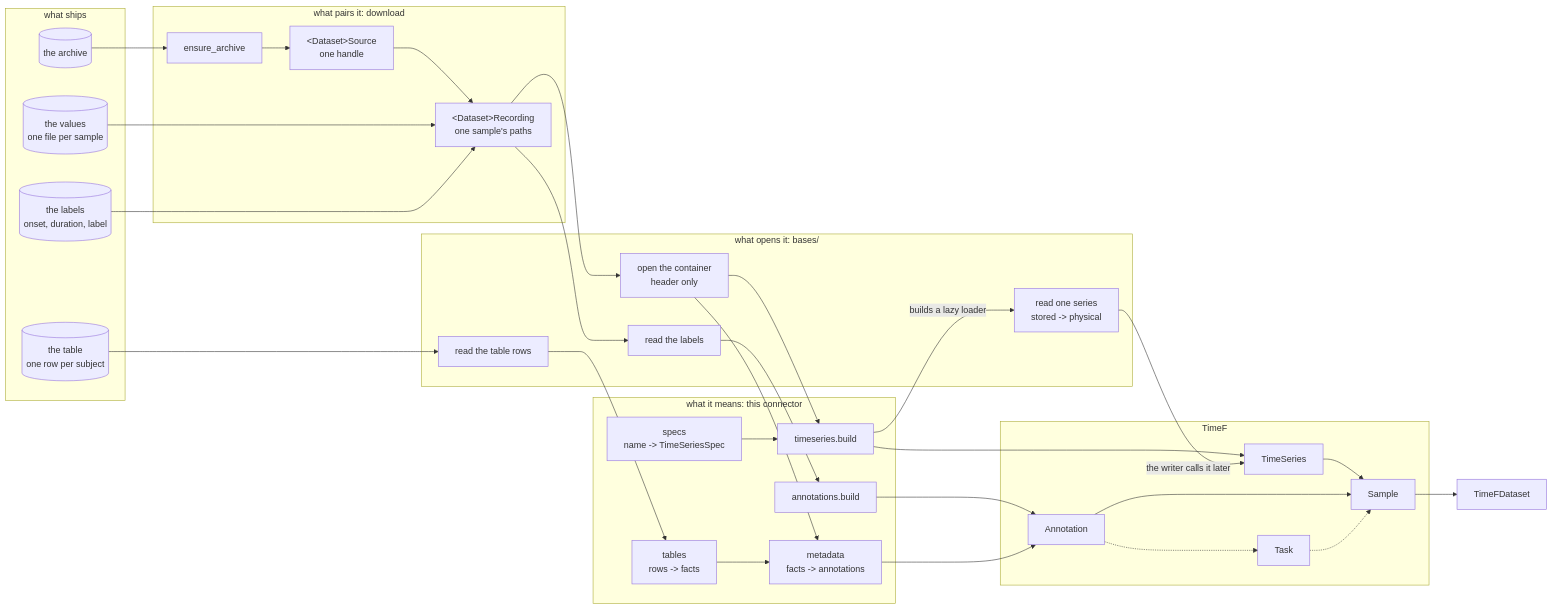
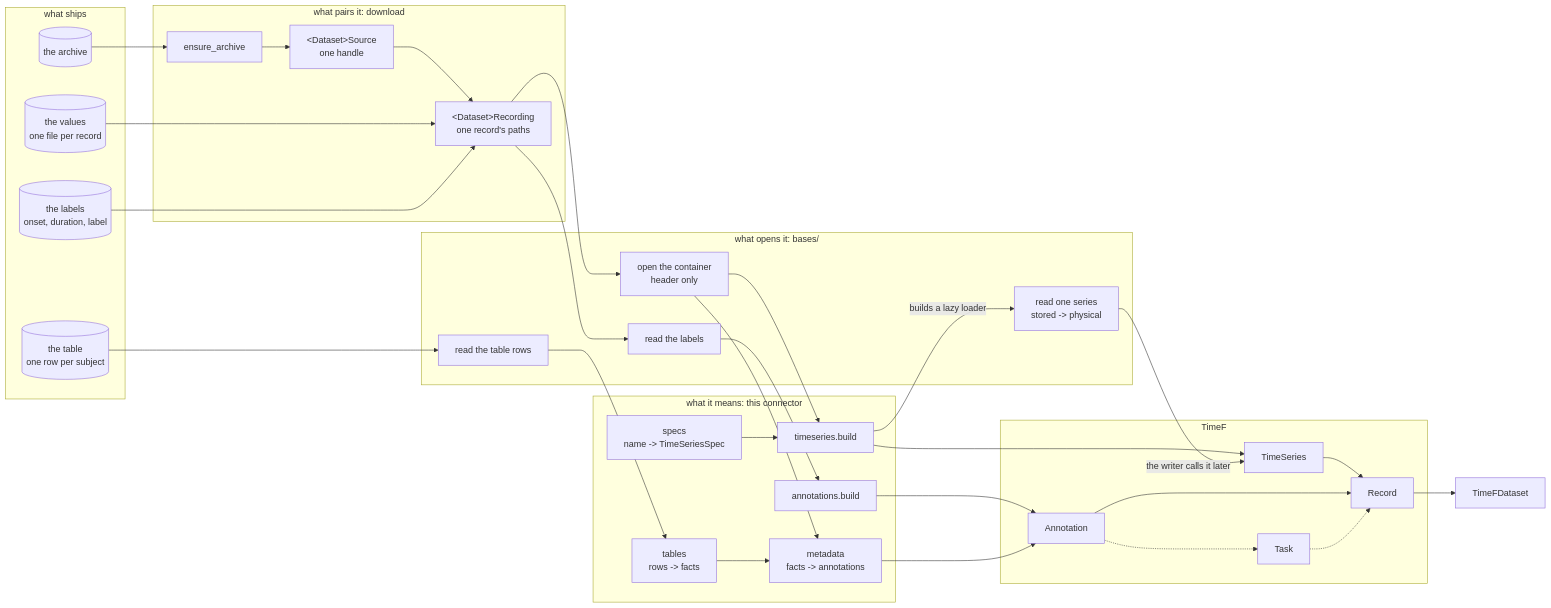
Before and after one commit to OpenTSLM/TimeNet: the diagram in .agents/skills/add-dataset-connector/references/discovery.md, drawn with Mermaid. The commit also changed other lines of this file and 7 other files, not shown here.

First line of the commit message:
docs(connectors)!: use Record and signal, not Sample and channel

````diff
--- a/.agents/skills/add-dataset-connector/references/discovery.md
+++ b/.agents/skills/add-dataset-connector/references/discovery.md
@@ -178,51 +178,51 @@
 ```mermaid
 flowchart LR
     subgraph src["what ships"]
         arch[("the archive")]
-        val[("the values<br/>one file per sample")]
+        val[("the values<br/>one file per record")]
         lab[("the labels<br/>onset, duration, label")]
         tbl[("the table<br/>one row per subject")]
     end
     subgraph pair["what pairs it: download"]
         ens["ensure_archive"]
         hnd["&lt;Dataset&gt;Source<br/>one handle"]
-        ref["&lt;Dataset&gt;Recording<br/>one sample's paths"]
+        ref["&lt;Dataset&gt;Recording<br/>one record's paths"]
     end
     subgraph read["what opens it: bases/"]
         opn["open the container<br/>header only"]
         vals["read one series<br/>stored -> physical"]
         anr["read the labels"]
         row["read the table rows"]
     end
     subgraph mean["what it means: this connector"]
         spc["specs<br/>name -> TimeSeriesSpec"]
         bld["timeseries.build"]
         stg["annotations.build"]
         tab["tables<br/>rows -> facts"]
         met["metadata<br/>facts -> annotations"]
     end
     subgraph out["TimeF"]
         ts["TimeSeries"]
         ann["Annotation"]
         tsk["Task"]
-        smp["Sample"]
+        smp["Record"]
     end
     arch --> ens --> hnd --> ref
     val --> ref
     lab --> ref
     ref --> opn
     ref --> anr
     opn --> bld
     spc --> bld
     bld --> ts
     bld -->|"builds a lazy loader"| vals
     vals -->|"the writer calls it later"| ts
     anr --> stg --> ann
     tbl --> row --> tab --> met
     opn --> met
     met --> ann
     ts --> smp
     ann --> smp
     ann -.-> tsk -.-> smp
     smp --> ds["TimeFDataset"]
 ```
````
